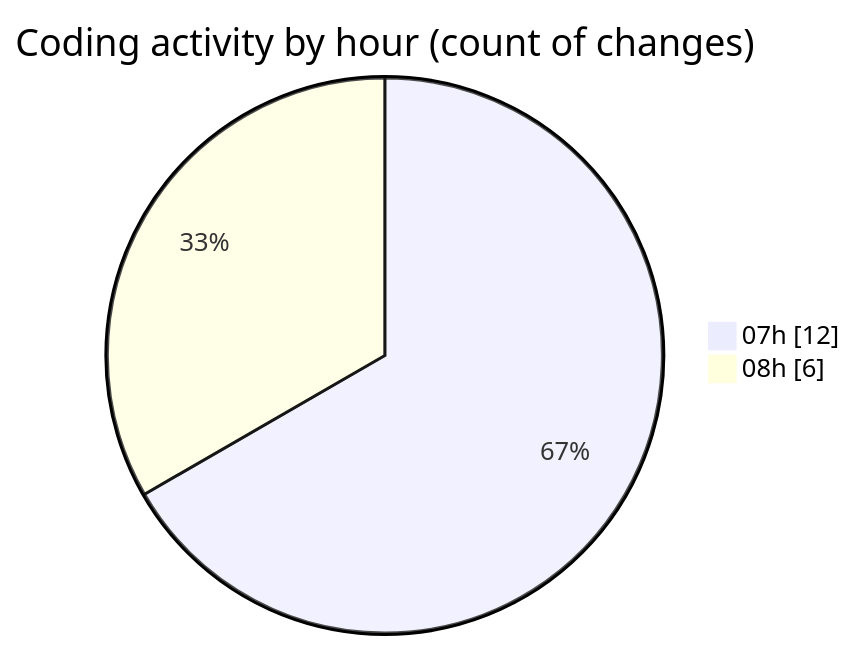
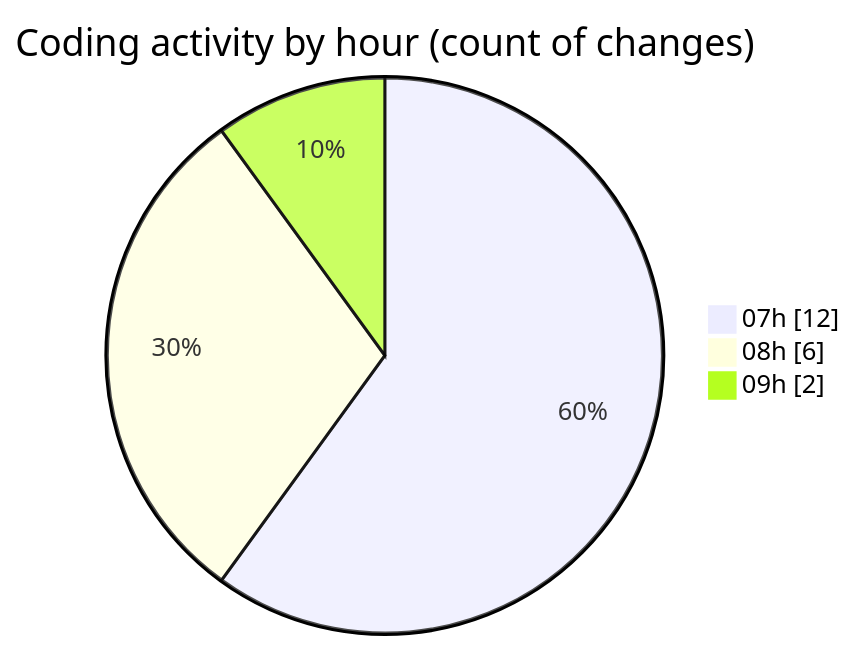
One commit to nxtqubesakshisongat/code-tracking changed the second of 2 diagrams in 2026-02-23/nxtqube_webapp/README.md. Above: the diagram before and after it, drawn with Mermaid. The commit also changed other lines of this file and 1 other file, not shown here.

````diff
--- a/2026-02-23/nxtqube_webapp/README.md
+++ b/2026-02-23/nxtqube_webapp/README.md
@@ -28,6 +29,7 @@
 ```mermaid
 pie showData
 title Coding activity by hour (count of changes)
 "07h" : 12
 "08h" : 6
+"09h" : 2
 ```
````
